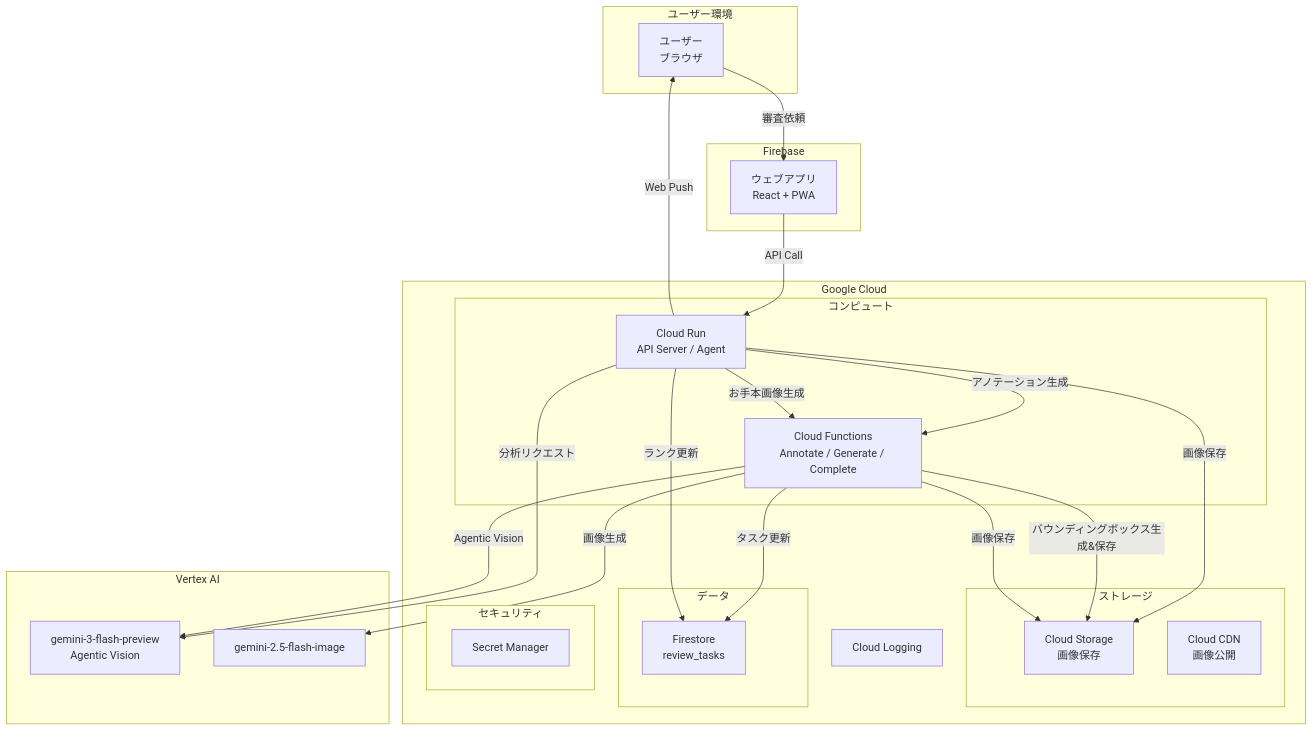
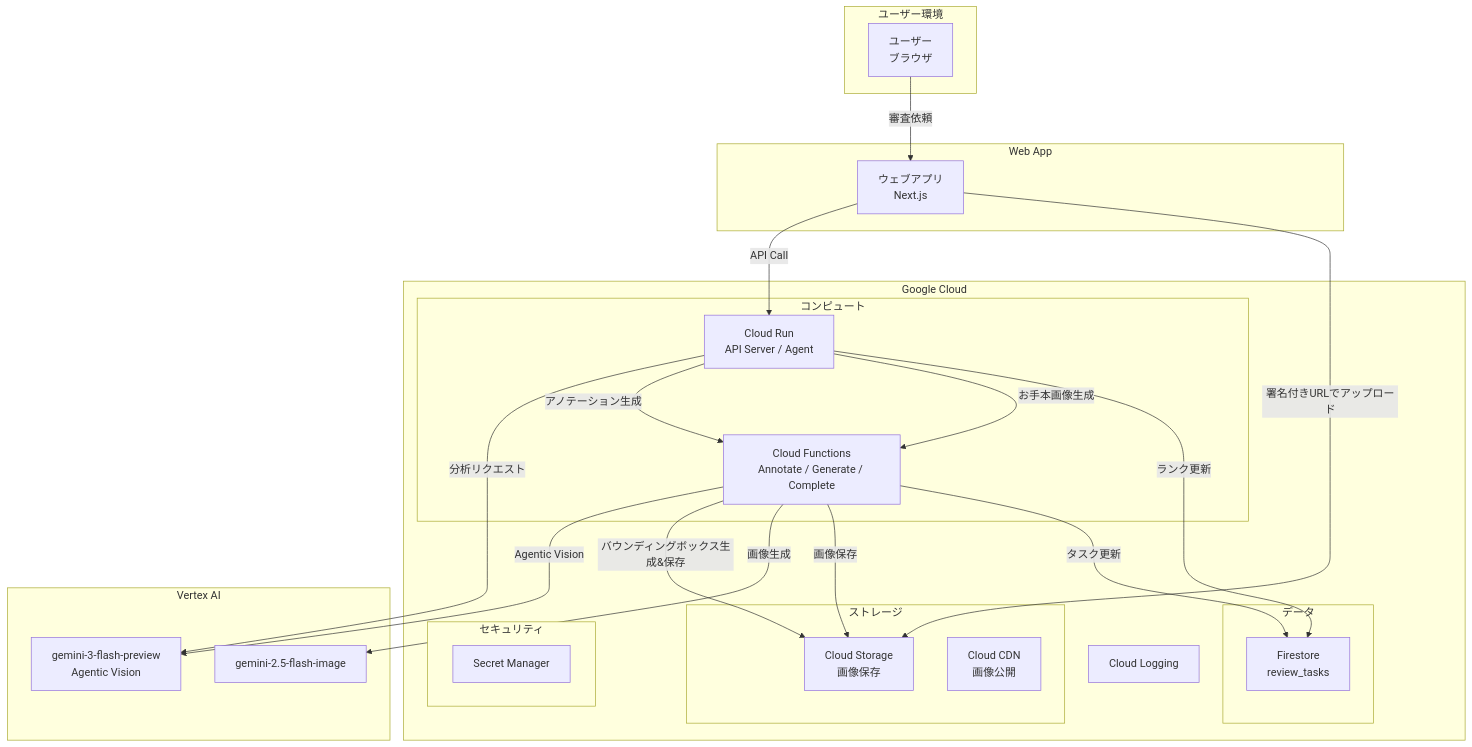
One commit to nuance-sudo/drawing-practice-agent-gch4 changed the first of 6 diagrams in docs/functional-design.md. Above: the diagram before and after it, drawn with Mermaid. The commit also changed other lines of this file and 10 other files, not shown here.

````diff
--- a/docs/functional-design.md
+++ b/docs/functional-design.md
@@ -13,51 +13,51 @@
 ```mermaid
 flowchart TB
     subgraph User["ユーザー環境"]
         A[ユーザー<br/>ブラウザ]
     end
 
-    subgraph Firebase["Firebase"]
-        B[ウェブアプリ<br/>React + PWA]
+    subgraph Web["Web App"]
+        B[ウェブアプリ<br/>Next.js]
     end
 
     subgraph GCP["Google Cloud"]
         subgraph Storage["ストレージ"]
             C[Cloud Storage<br/>画像保存]
             D[Cloud CDN<br/>画像公開]
         end
         
         subgraph Compute["コンピュート"]
             F[Cloud Run<br/>API Server / Agent]
             G[Cloud Functions<br/>Annotate / Generate / Complete]
         end
         
         subgraph Data["データ"]
             H[Firestore<br/>review_tasks]
         end
         
         subgraph Security["セキュリティ"]
             I[Secret Manager]
         end
         
         J[Cloud Logging]
     end
 
     subgraph AI["Vertex AI"]
         K[gemini-3-flash-preview<br/>Agentic Vision]
         L[gemini-2.5-flash-image]
     end
 
     A -->|審査依頼| B
     B -->|API Call| F
-    F -->|画像保存| C
+    B -->|署名付きURLでアップロード| C
     F -->|分析リクエスト| K
     F -->|アノテーション生成| G
     G -->|Agentic Vision| K
     G -->|バウンディングボックス生成&保存| C
     F -->|お手本画像生成| G
     G -->|画像生成| L
     G -->|画像保存| C
     G -->|タスク更新| H
     F -->|ランク更新| H
-    F -->|Web Push| A
+    
 ```
````
